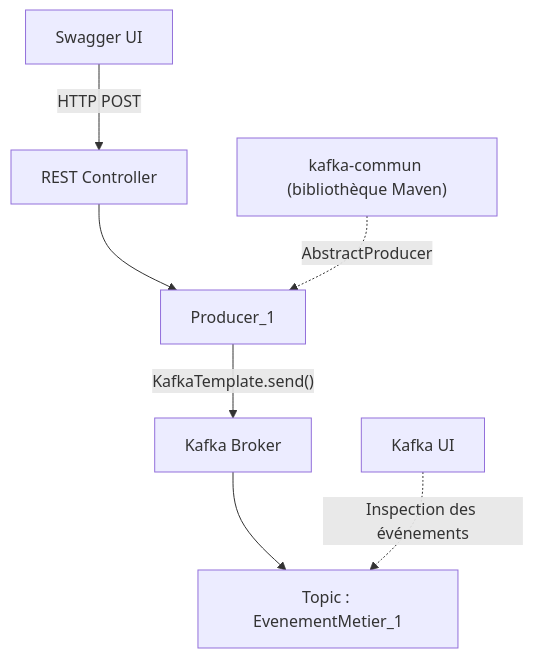
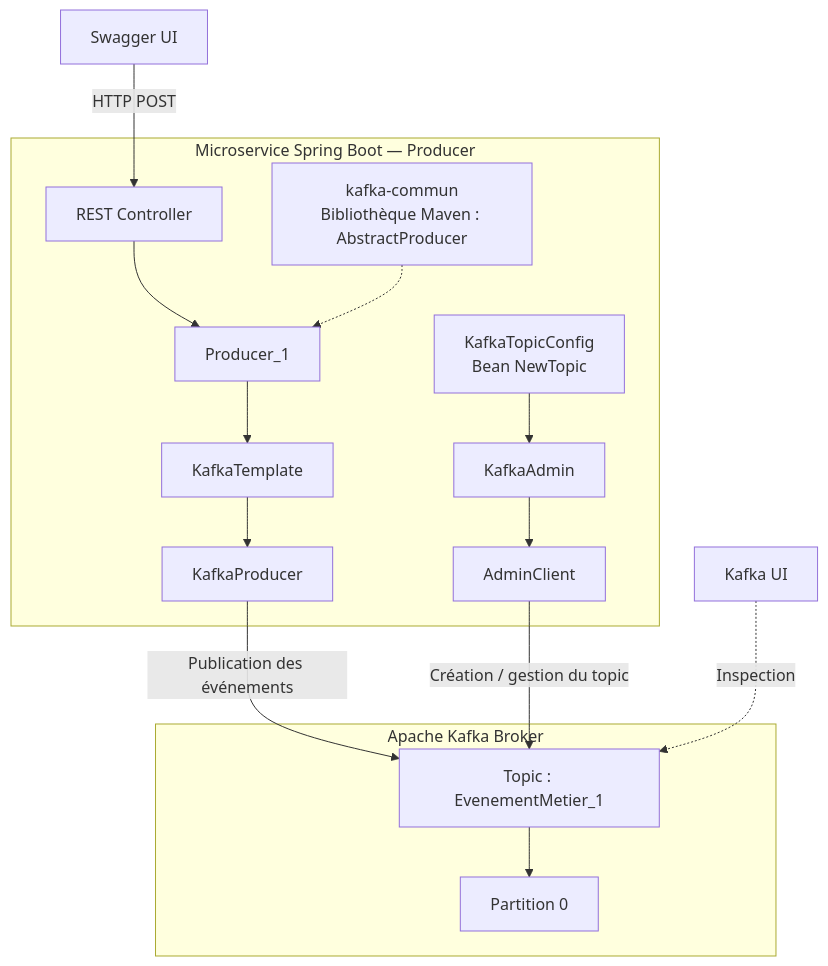
Before and after one commit to euphorie7/KafkaLab: the diagram in scenarios/01-producer-broker.md, drawn with Mermaid. The commit also changed other lines of this file and 1 other file, not shown here.

````diff
--- a/scenarios/01-producer-broker.md
+++ b/scenarios/01-producer-broker.md
@@ -22,9 +51,25 @@
 ```mermaid
 flowchart TD
-    S["Swagger UI"] -->|"HTTP POST"| C["REST Controller"]
-    C --> P["Producer_1"]
-    LIB["kafka-commun (bibliothèque Maven)"] -.->|"AbstractProducer"| P
-    P -->|"KafkaTemplate.send()"| K["Kafka Broker"]
-    K --> T["Topic : EvenementMetier_1"]
-    UI["Kafka UI"] -.->|"Inspection des événements"| T
+    S["Swagger UI"] -->|"HTTP POST"| C
+
+    subgraph APP["Microservice Spring Boot — Producer"]
+        C["REST Controller"] --> P["Producer_1"]
+        L["kafka-commun<br/>Bibliothèque Maven : AbstractProducer"] -.-> P
+
+        P --> KT["KafkaTemplate"]
+        KT --> KP["KafkaProducer"]
+
+        TC["KafkaTopicConfig<br/>Bean NewTopic"] --> KA["KafkaAdmin"]
+        KA --> AC["AdminClient"]
+    end
+
+    subgraph KAFKA["Apache Kafka Broker"]
+        T["Topic : EvenementMetier_1"]
+        T --> PART["Partition 0"]
+    end
+
+    KP -->|"Publication des événements"| T
+    AC -->|"Création / gestion du topic"| T
+
+    UI["Kafka UI"] -.->|"Inspection"| T
 ```
````
